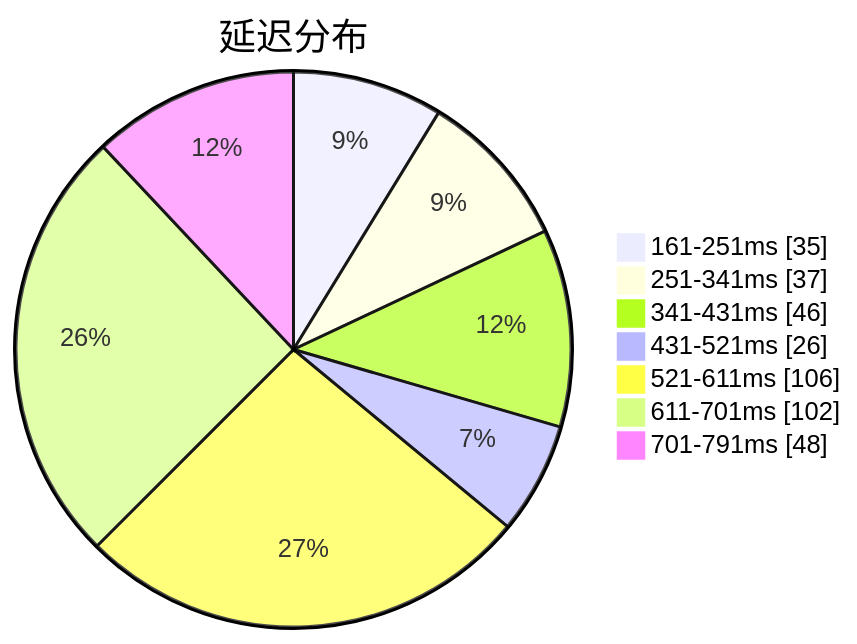
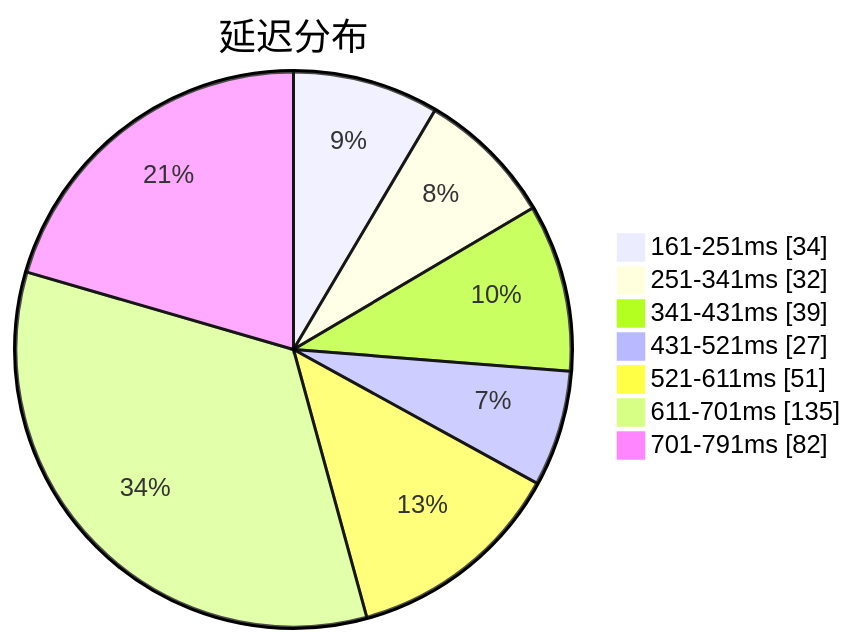
Before and after one commit to qjlxg/airport: the first of 3 diagrams in subs/statistics/tested_within.md, drawn with Mermaid. The commit also changed other lines of this file and 2 other files, not shown here.

Commit message:
Tested by metaST

````diff
--- a/subs/statistics/tested_within.md
+++ b/subs/statistics/tested_within.md
@@ -2,11 +2,11 @@
 ```mermaid
 pie showData
 title 延迟分布
-"161-251ms" : 35
-"251-341ms" : 37
-"341-431ms" : 46
-"431-521ms" : 26
-"521-611ms" : 106
-"611-701ms" : 102
-"701-791ms" : 48
+"161-251ms" : 34
+"251-341ms" : 32
+"341-431ms" : 39
+"431-521ms" : 27
+"521-611ms" : 51
+"611-701ms" : 135
+"701-791ms" : 82
 ```
````
